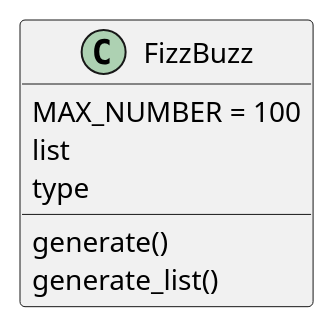
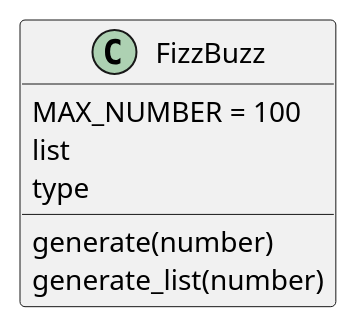
The sixth of 42 diagrams in docs/src/article/episode_3.adoc (hiroshima-arc/tdd_rb), drawn with PlantUML before and after one commit. The commit also changed other lines of this file and 10 other files, not shown here.

```diff
--- a/docs/src/article/episode_3.adoc
+++ b/docs/src/article/episode_3.adoc
@@ -1539,10 +1737,10 @@
 [plantuml]
 ----
 class FizzBuzz {
     MAX_NUMBER = 100
     list
     type
-    generate()
-    generate_list()
+    generate(number)
+    generate_list(number)
 }
 ----
```
